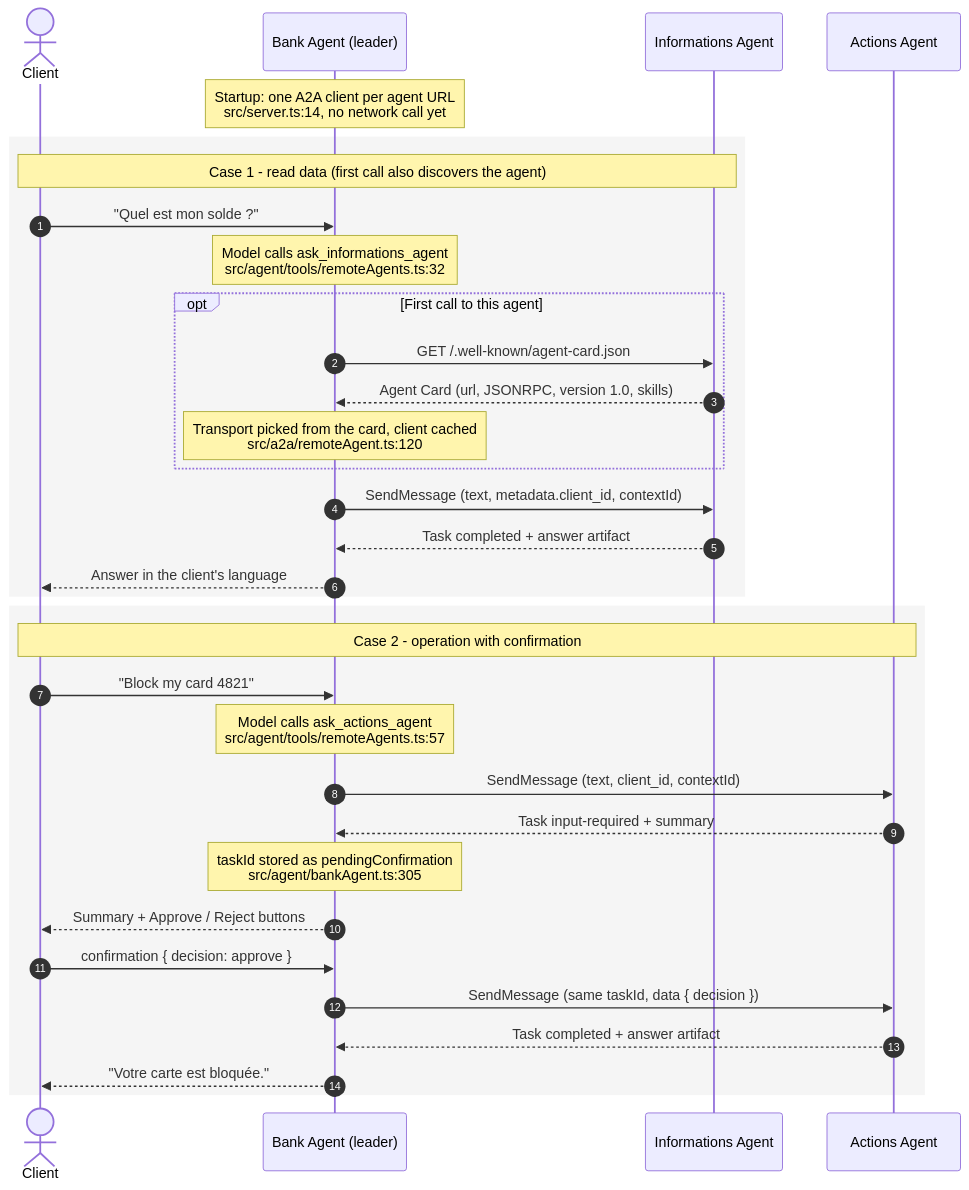
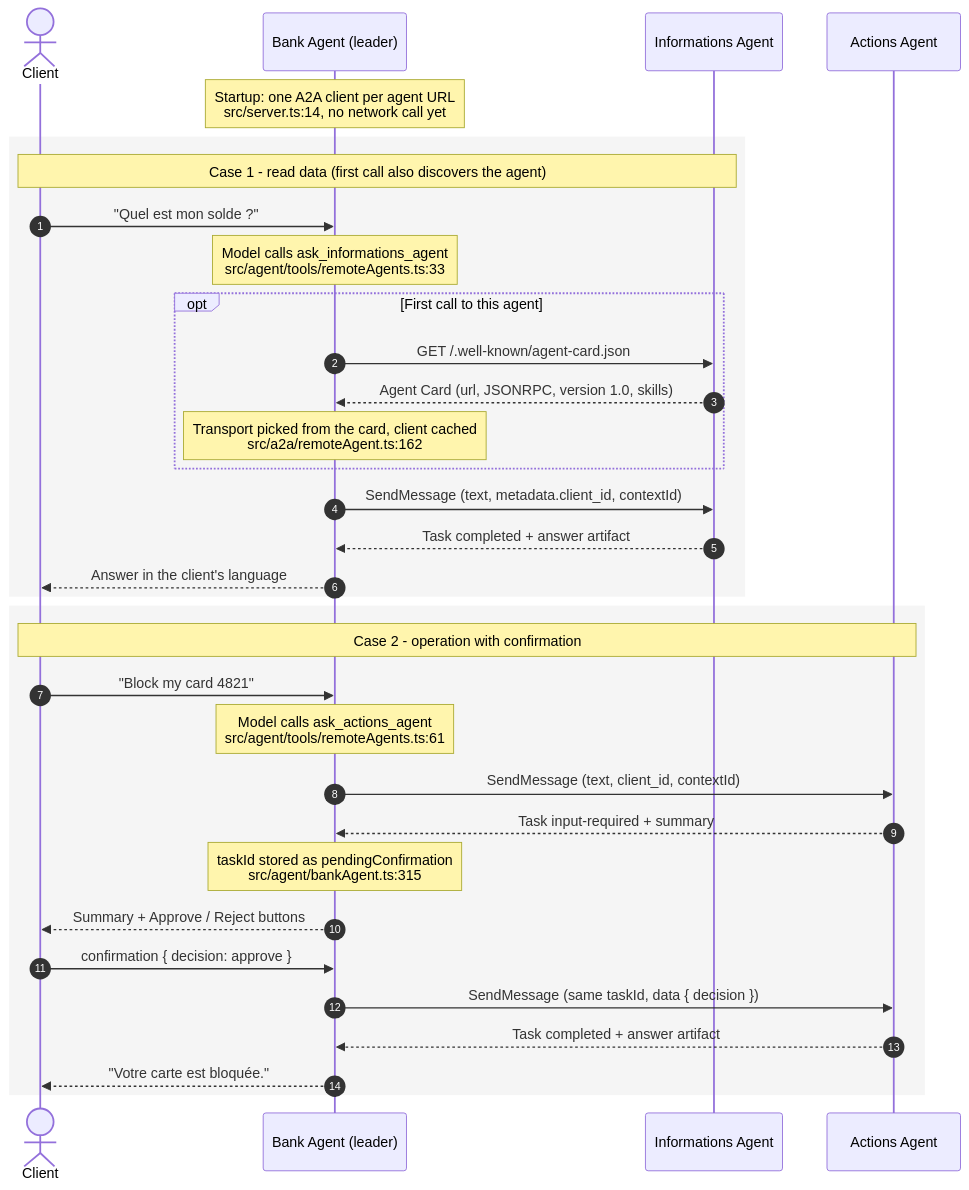
Before and after one commit to Trevodorax/a2a-protocol-poc-and-demo: the diagram in docs/diagrams/a2a-discovery-and-calls.mmd, drawn with Mermaid. The commit also changed 23 other files, not shown here.

```diff
--- a/docs/diagrams/a2a-discovery-and-calls.mmd
+++ b/docs/diagrams/a2a-discovery-and-calls.mmd
@@ -1,36 +1,36 @@
 sequenceDiagram
     autonumber
     actor C as Client
     participant B as Bank Agent (leader)
     participant I as Informations Agent
     participant A as Actions Agent
 
     Note over B: Startup: one A2A client per agent URL<br/>src/server.ts:14, no network call yet
 
     rect rgba(127,127,127,0.08)
     Note over C,I: Case 1 - read data (first call also discovers the agent)
     C->>B: "Quel est mon solde ?"
-    Note over B: Model calls ask_informations_agent<br/>src/agent/tools/remoteAgents.ts:32
+    Note over B: Model calls ask_informations_agent<br/>src/agent/tools/remoteAgents.ts:33
     opt First call to this agent
         B->>I: GET /.well-known/agent-card.json
         I-->>B: Agent Card (url, JSONRPC, version 1.0, skills)
-        Note over B: Transport picked from the card, client cached<br/>src/a2a/remoteAgent.ts:120
+        Note over B: Transport picked from the card, client cached<br/>src/a2a/remoteAgent.ts:162
     end
     B->>I: SendMessage (text, metadata.client_id, contextId)
     I-->>B: Task completed + answer artifact
     B-->>C: Answer in the client's language
     end
 
     rect rgba(127,127,127,0.08)
     Note over C,A: Case 2 - operation with confirmation
     C->>B: "Block my card 4821"
-    Note over B: Model calls ask_actions_agent<br/>src/agent/tools/remoteAgents.ts:57
+    Note over B: Model calls ask_actions_agent<br/>src/agent/tools/remoteAgents.ts:61
     B->>A: SendMessage (text, client_id, contextId)
     A-->>B: Task input-required + summary
-    Note over B: taskId stored as pendingConfirmation<br/>src/agent/bankAgent.ts:305
+    Note over B: taskId stored as pendingConfirmation<br/>src/agent/bankAgent.ts:315
     B-->>C: Summary + Approve / Reject buttons
     C->>B: confirmation { decision: approve }
     B->>A: SendMessage (same taskId, data { decision })
     A-->>B: Task completed + answer artifact
     B-->>C: "Votre carte est bloquée."
     end
```
